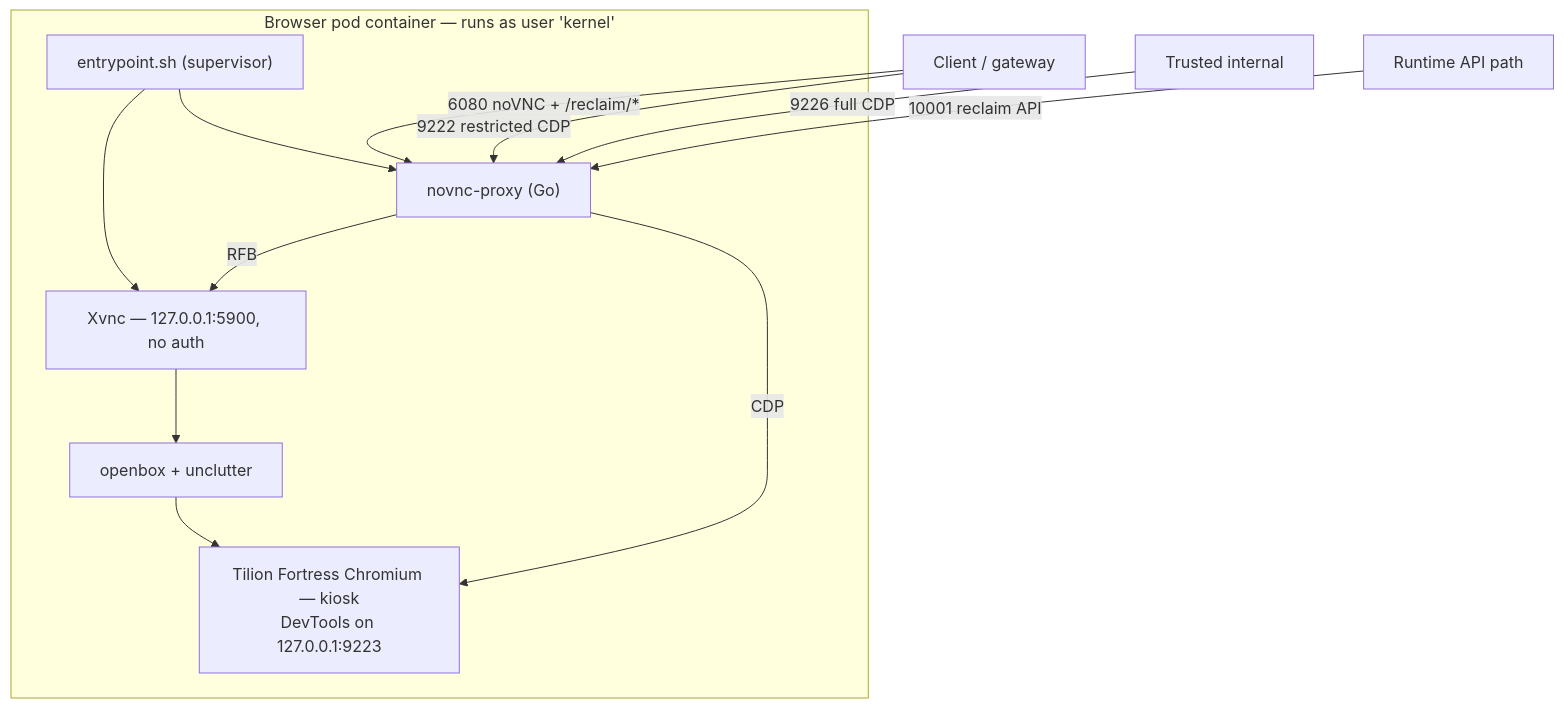
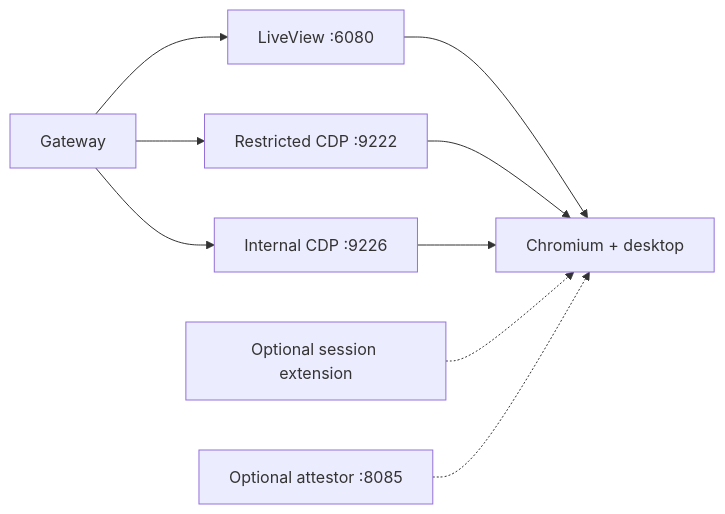
Before and after one commit to reclaimprotocol/popcorn-oss: the diagram in docs/popcorn-browser.md, drawn with Mermaid. The commit also changed other lines of this file and 176 other files, not shown here.

````diff
--- a/docs/popcorn-browser.md
+++ b/docs/popcorn-browser.md
@@ -33,18 +8,11 @@
 ```mermaid
-flowchart TB
-    subgraph pod["Browser pod container — runs as user 'kernel'"]
-        entry["entrypoint.sh (supervisor)"]
-        xvnc["Xvnc — 127.0.0.1:5900, no auth"]
-        ob["openbox + unclutter"]
-        chrome["Tilion Fortress Chromium — kiosk<br/>DevTools on 127.0.0.1:9223"]
-        proxy["novnc-proxy (Go)"]
-        entry --> xvnc --> ob --> chrome
-        entry --> proxy
-        proxy -->|RFB| xvnc
-        proxy -->|CDP| chrome
-    end
-    client["Client / gateway"] -->|"6080 noVNC + /reclaim/*"| proxy
-    client -->|"9222 restricted CDP"| proxy
-    internal["Trusted internal"] -->|"9226 full CDP"| proxy
-    kapi["Runtime API path"] -->|"10001 reclaim API"| proxy
+flowchart LR
+    gateway["Gateway"] --> live["LiveView :6080"]
+    gateway --> restricted["Restricted CDP :9222"]
+    gateway --> internal["Internal CDP :9226"]
+    live --> chromium["Chromium + desktop"]
+    restricted --> chromium
+    internal --> chromium
+    extension["Optional session extension"] -.-> chromium
+    attestor["Optional attestor :8085"] -.-> chromium
 ```
````
